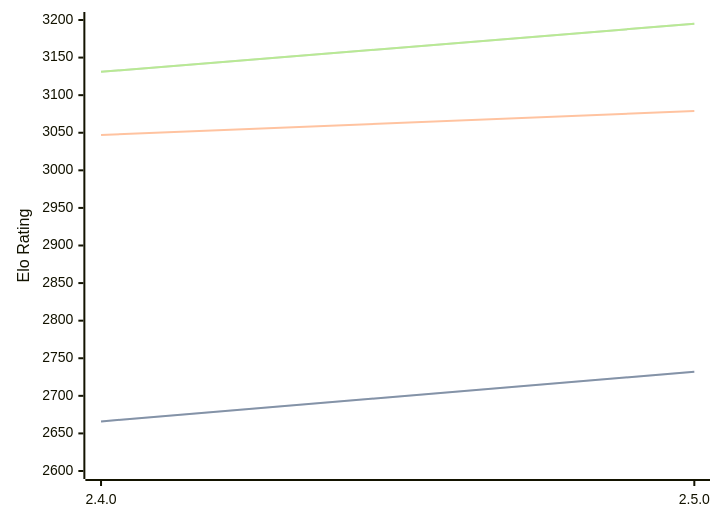
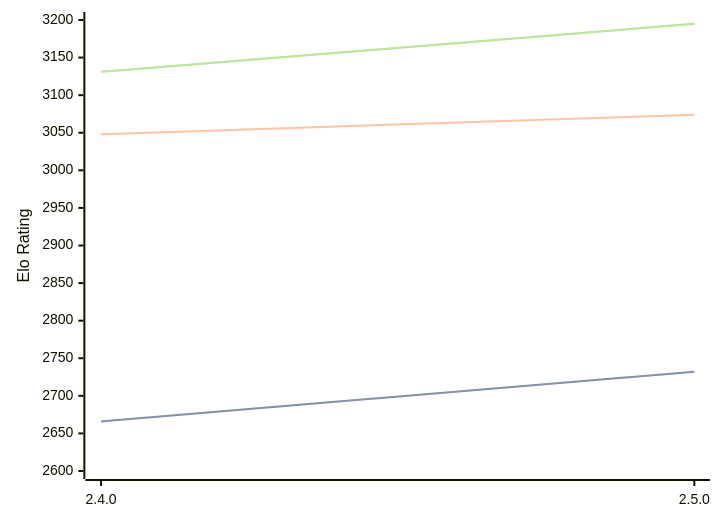
The diagram in engines/Sturddle2.md (computer-chess-index/cci), drawn with Mermaid before and after one commit. The commit also changed other lines of this file, not shown here.

````diff
--- a/engines/Sturddle2.md
+++ b/engines/Sturddle2.md
@@ -34,11 +34,11 @@
 ```mermaid
 %%{init: {"theme":"base","themeVariables":{"seriesColors:['#a3a3a3','#222221','#faa371']}}}%%
 xychart-beta
   x-axis ["2.4.0", "2.5.0"]
   y-axis "Elo Rating" 2600 --> 3200
   line "STC (8.0+0.08s)" [2666, 2732]
   line "STC (8.0+0.08s)" [2666, 2732]
-  line "LTC (60.0+0.60s)" [3047, 3079]
+  line "LTC (60.0+0.60s)" [3048, 3074]
   line "VLTC (2m24s+1.12s)" [3131, 3195]
   line "VLTC (2m24s+1.12s)" [3131, 3195]
 ```
````
